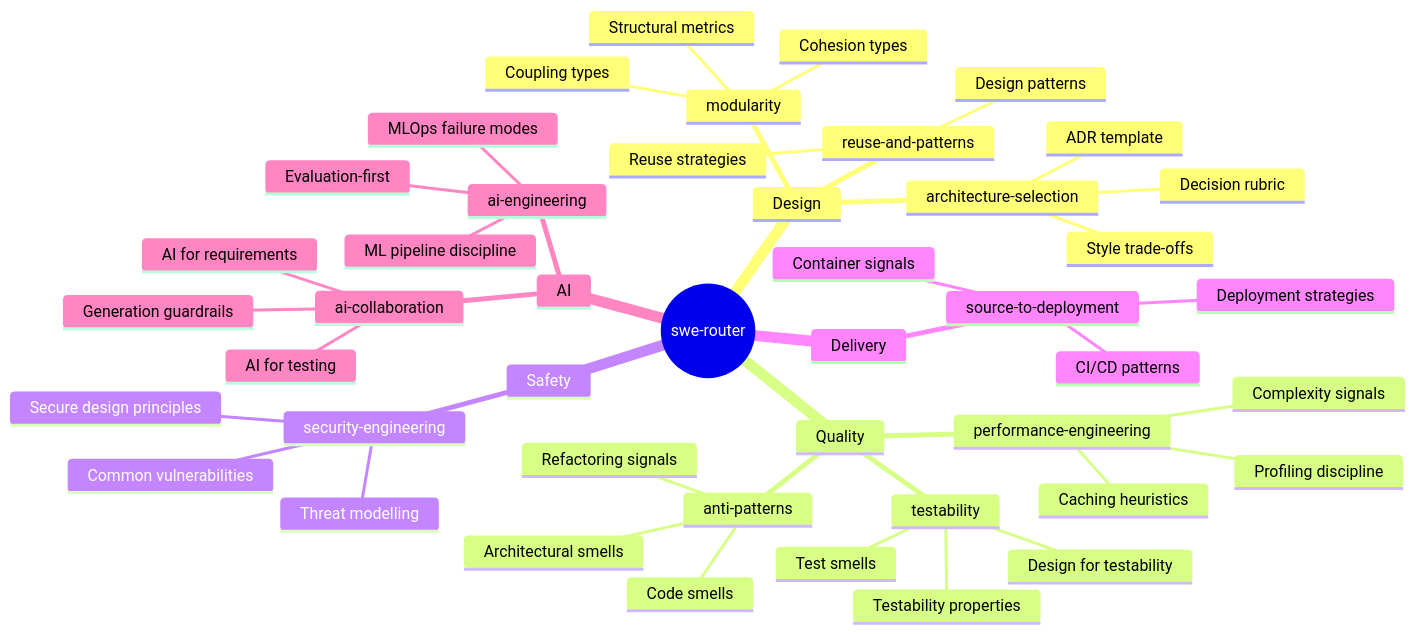
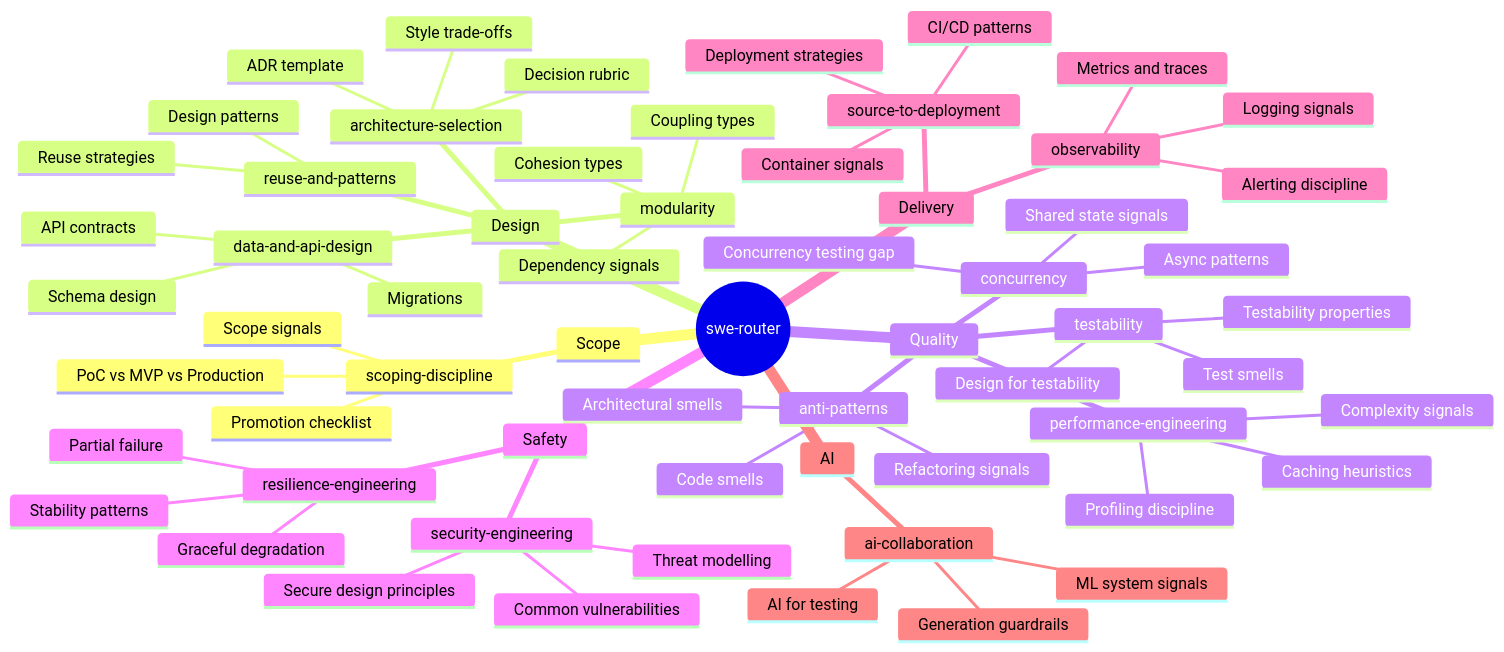
Before and after one commit to yahyanaveed10/SWE-Skill: the diagram in README.md, drawn with Mermaid. The commit also changed other lines of this file and 1 other file, not shown here.

````diff
--- a/README.md
+++ b/README.md
@@ -9,48 +9,65 @@
 ```mermaid
 mindmap
   root((swe-router))
+    Scope
+      scoping-discipline
+        PoC vs MVP vs Production
+        Promotion checklist
+        Scope signals
     Design
       modularity
         Coupling types
         Cohesion types
-        Structural metrics
+        Dependency signals
       architecture-selection
         Style trade-offs
         Decision rubric
         ADR template
       reuse-and-patterns
         Design patterns
         Reuse strategies
+      data-and-api-design
+        Schema design
+        API contracts
+        Migrations
     Quality
       anti-patterns
         Code smells
         Architectural smells
         Refactoring signals
       testability
         Testability properties
         Test smells
         Design for testability
       performance-engineering
         Profiling discipline
         Complexity signals
         Caching heuristics
+      concurrency
+        Shared state signals
+        Async patterns
+        Concurrency testing gap
     Safety
       security-engineering
         Threat modelling
         Secure design principles
         Common vulnerabilities
+      resilience-engineering
+        Stability patterns
+        Graceful degradation
+        Partial failure
     Delivery
       source-to-deployment
         CI/CD patterns
         Container signals
         Deployment strategies
+      observability
+        Logging signals
+        Metrics and traces
+        Alerting discipline
     AI
-      ai-engineering
-        ML pipeline discipline
-        Evaluation-first
-        MLOps failure modes
       ai-collaboration
         Generation guardrails
         AI for testing
-        AI for requirements
+        ML system signals
 ```
````
